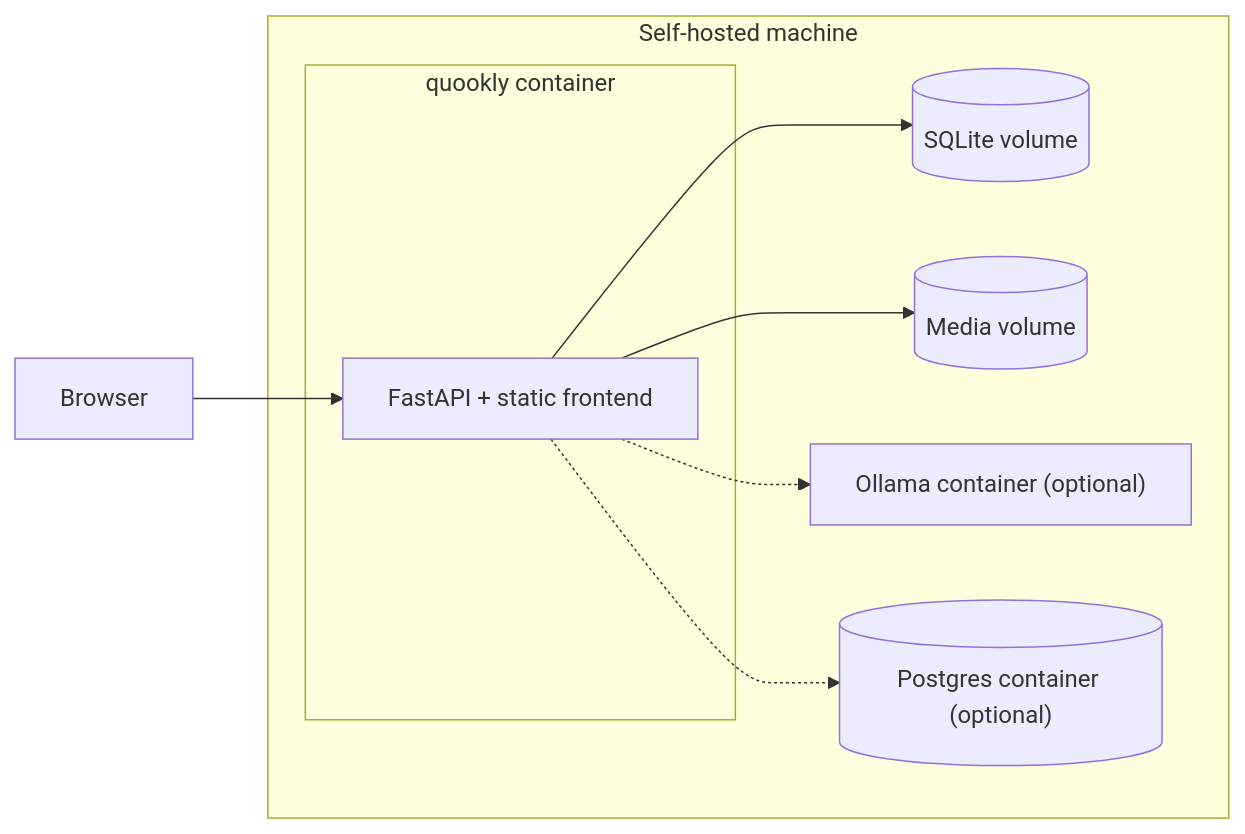
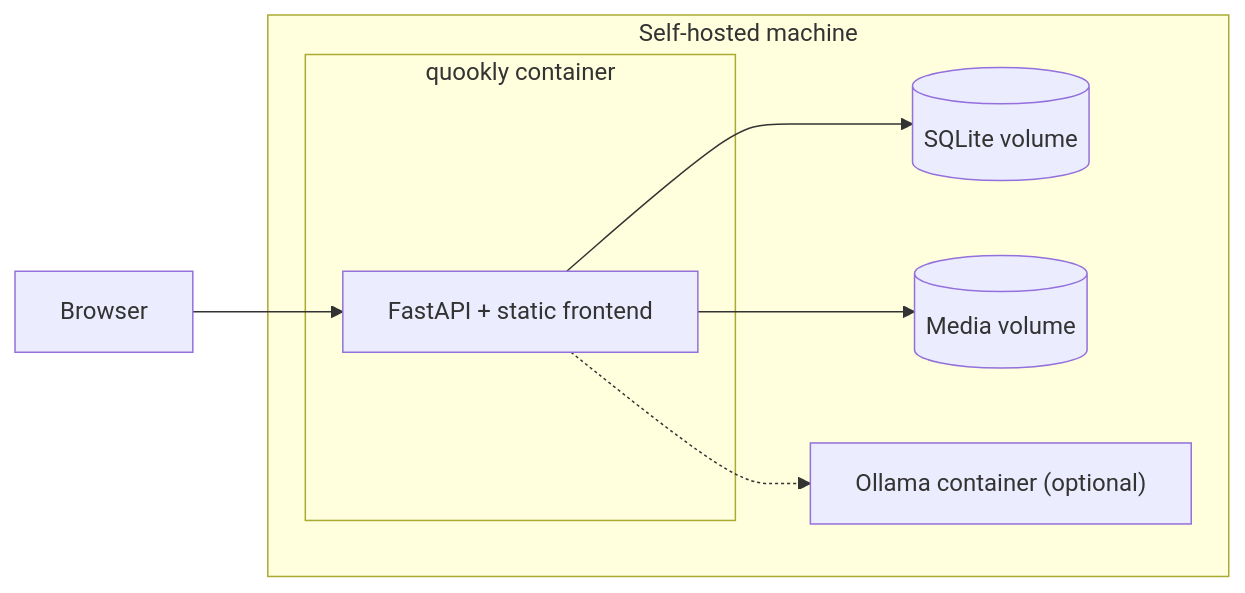
The diagram in doc/09-installation.md (h3ll5ur7er/quookly), drawn with Mermaid before and after one commit. The commit also changed other lines of this file and 4 other files, not shown here.

````diff
--- a/doc/09-installation.md
+++ b/doc/09-installation.md
@@ -114,17 +114,15 @@
 ```mermaid
 flowchart LR
   subgraph host["Self-hosted machine"]
     subgraph q["quookly container"]
       API["FastAPI + static frontend"]
     end
     DB[("SQLite volume")]
     MEDIA[("Media volume")]
     OLLAMA["Ollama container (optional)"]
-    PG[("Postgres container (optional)")]
   end
   Browser["Browser"] --> API
   API --> DB
   API --> MEDIA
   API -.-> OLLAMA
-  API -.-> PG
 ```
````
